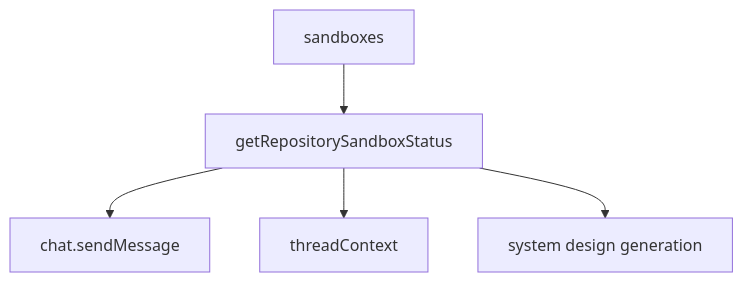
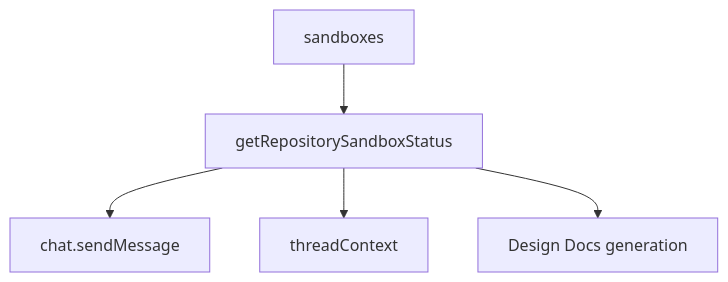
One commit to EricTsai83/systify changed the second of 2 diagrams in docs/chat/service-modes-discuss-library-system-design.md. Above: the diagram before and after it, drawn with Mermaid. The commit also changed other lines of this file and 39 other files, not shown here.

First line of the commit message:
Rename System Design workflow to Design Docs and clarify job append beha

````diff
--- a/docs/chat/service-modes-discuss-library-system-design.md
+++ b/docs/chat/service-modes-discuss-library-system-design.md
@@ -112,13 +112,13 @@
 ```mermaid
 flowchart TD
   SandboxRow[sandboxes]
   Availability[getRepositorySandboxStatus]
   ChatSend[chat.sendMessage]
   ThreadContext[threadContext]
-  SystemDesignJob[system design generation]
+  SystemDesignJob[Design Docs generation]
 
   SandboxRow --> Availability
   Availability --> ChatSend
   Availability --> ThreadContext
   Availability --> SystemDesignJob
 ```
````
